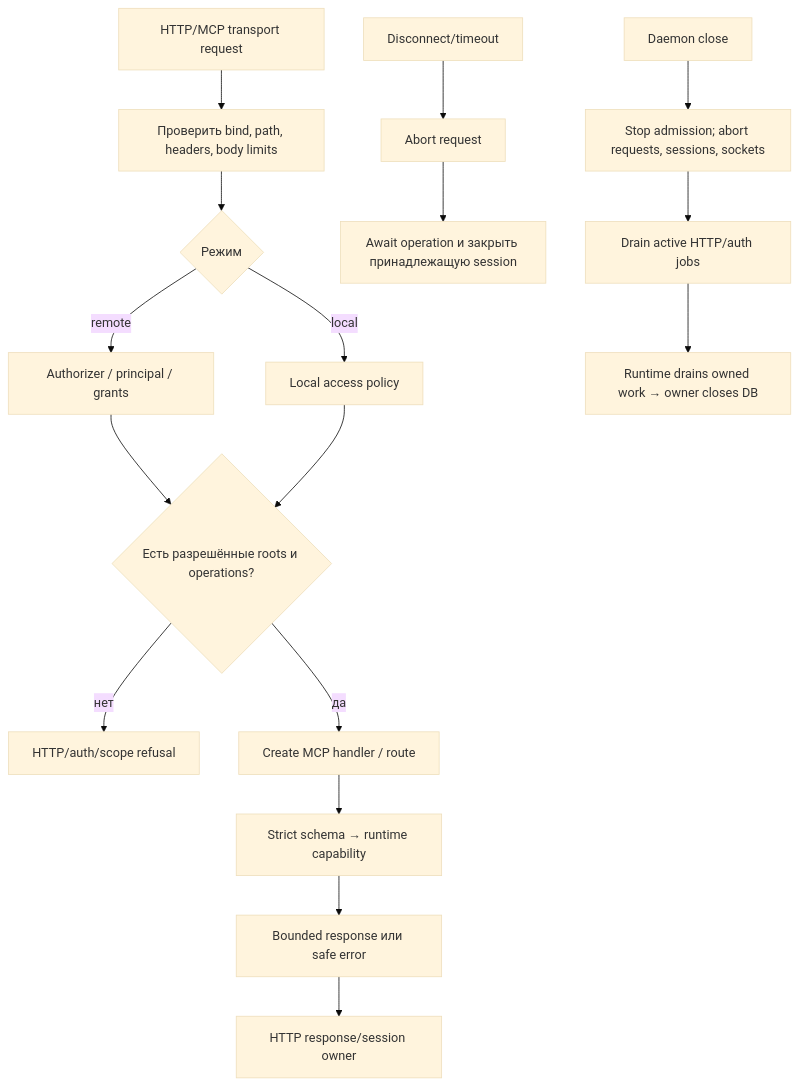
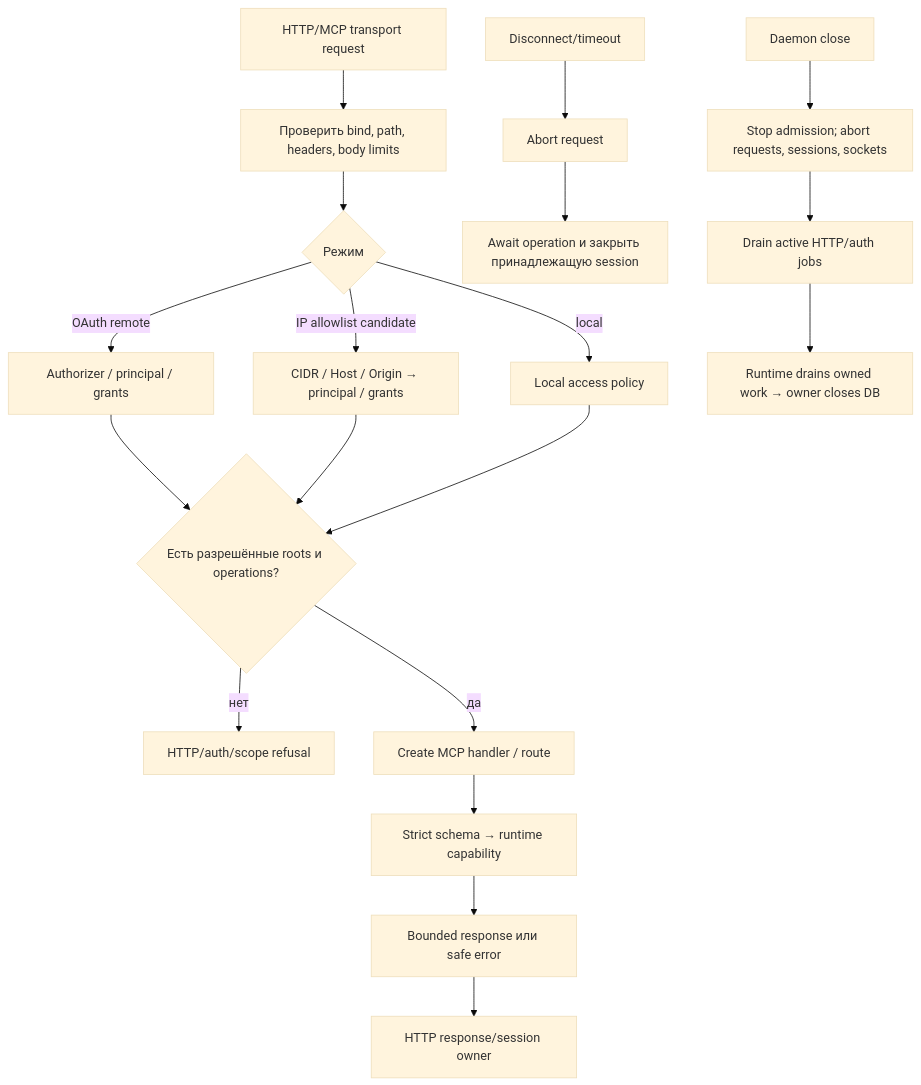
One commit to zoomplus/zorya-search changed the diagram in src/daemon/README.md. Above: the diagram before and after it, drawn with Mermaid (base theme). The commit also changed other lines of this file and 21 other files, not shown here.

````diff
--- a/src/daemon/README.md
+++ b/src/daemon/README.md
@@ -5,19 +5,21 @@
 ```mermaid
 flowchart TD
  A["HTTP/MCP transport request"] --> B["Проверить bind, path, headers, body limits"]
  B --> C{"Режим"}
- C -->|"remote"| D["Authorizer / principal / grants"]
+ C -->|"OAuth remote"| D["Authorizer / principal / grants"]
+ C -->|"IP allowlist candidate"| D2["CIDR / Host / Origin → principal / grants"]
  C -->|"local"| E["Local access policy"]
  D --> F{"Есть разрешённые roots и operations?"}
+ D2 --> F
  E --> F
  F -->|"нет"| G["HTTP/auth/scope refusal"]
  F -->|"да"| H["Create MCP handler / route"]
  H --> I["Strict schema → runtime capability"]
  I --> J["Bounded response или safe error"]
  J --> K["HTTP response/session owner"]
  L["Disconnect/timeout"] --> M["Abort request"]
  M --> N["Await operation и закрыть принадлежащую session"]
  O["Daemon close"] --> P["Stop admission; abort requests, sessions, sockets"]
  P --> Q["Drain active HTTP/auth jobs"]
  Q --> R["Runtime drains owned work → owner closes DB"]
 ```
````
